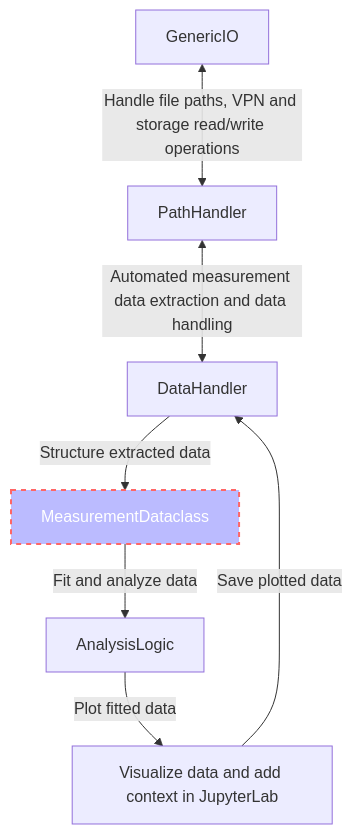
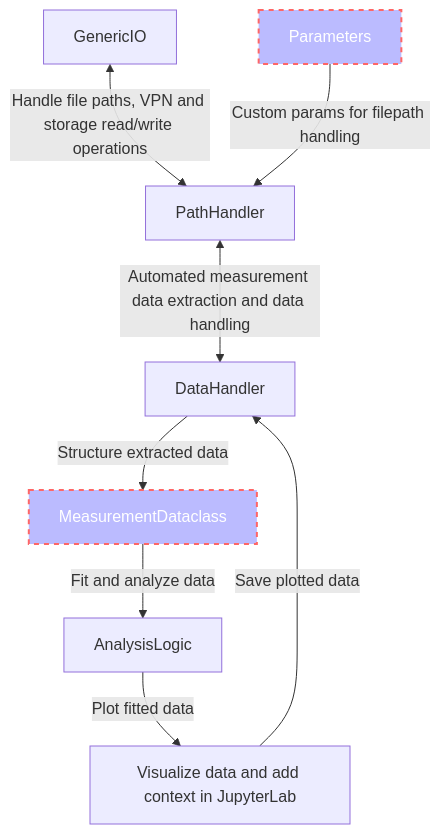
Before and after one commit to dineshpinto/qudi-hira-analysis: the first of 2 diagrams in README.md, drawn with Mermaid. The commit also changed other lines of this file, not shown here.

````diff
--- a/README.md
+++ b/README.md
@@ -18,10 +18,12 @@
 ```mermaid
 flowchart TD;
     GenericIO<-- Handle file paths, VPN and storage read/write operations -->PathHandler;
     PathHandler<-- Automated measurement data extraction and data handling -->DataHandler;
+    Parameters-- Custom params for filepath handling -->PathHandler
     DataHandler-- Structure extracted data -->MeasurementDataclass;
     MeasurementDataclass-- Fit and analyze data -->AnalysisLogic;
     AnalysisLogic-- Plot fitted data --> Plot[Visualize data and add context in JupyterLab];
     Plot-- Save plotted data --> DataHandler;
     style MeasurementDataclass fill:#bbf,stroke:#f66,stroke-width:2px,color:#fff,stroke-dasharray: 5 5
+    style Parameters fill:#bbf,stroke:#f66,stroke-width:2px,color:#fff,stroke-dasharray: 5 5
 ```
````
